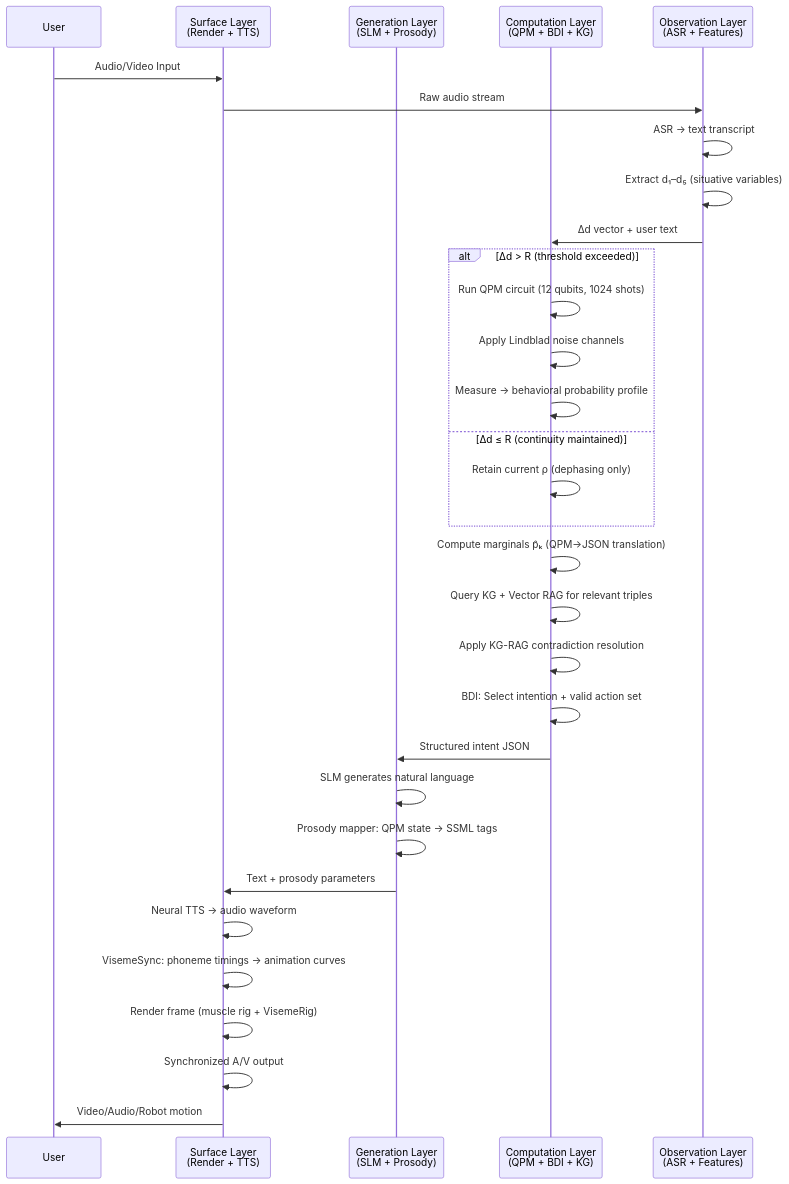
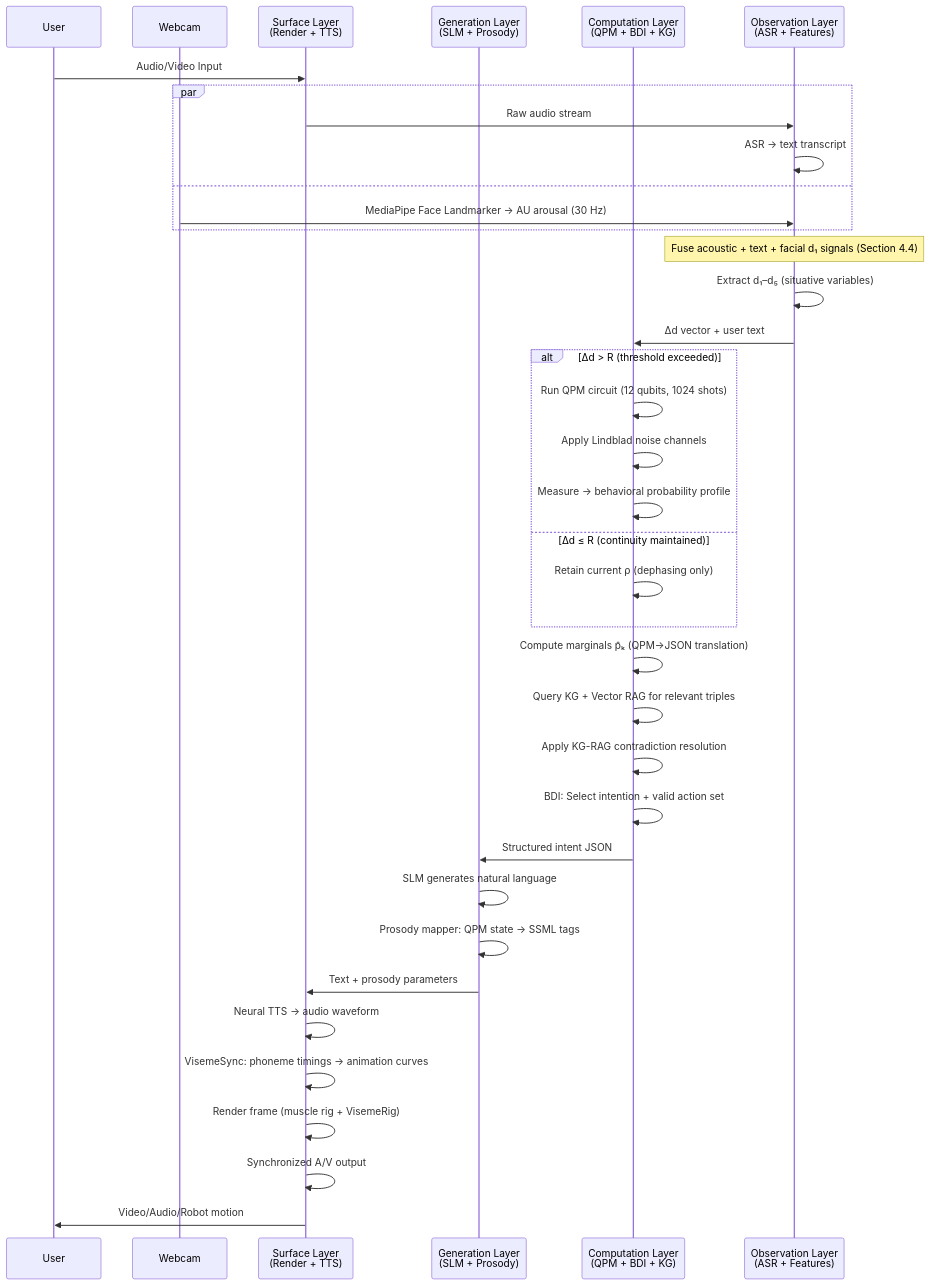
Before and after one commit to JustForCodin/Centaurian_Architecture_Implementation: diagram 13 of 19 in Centaurian_Architecture_v3.md, drawn with Mermaid. The commit also changed other lines of this file, not shown here.

First line of the commit message:
v3 paper: add MediaPipe webcam observation channel for d₁ fusion

````diff
--- a/Centaurian_Architecture_v3.md
+++ b/Centaurian_Architecture_v3.md
@@ -1490,38 +1561,44 @@
 ```mermaid
 sequenceDiagram
     participant User
+    participant Webcam
     participant Surface as Surface Layer<br/>(Render + TTS)
     participant Gen as Generation Layer<br/>(SLM + Prosody)
     participant Compute as Computation Layer<br/>(QPM + BDI + KG)
     participant Observe as Observation Layer<br/>(ASR + Features)
 
     User->>Surface: Audio/Video Input
-    Surface->>Observe: Raw audio stream
-    Observe->>Observe: ASR → text transcript
+    par
+        Surface->>Observe: Raw audio stream
+        Observe->>Observe: ASR → text transcript
+    and
+        Webcam->>Observe: MediaPipe Face Landmarker → AU arousal (30 Hz)
+    end
+    note over Observe: Fuse acoustic + text + facial d₁ signals (Section 4.4)
     Observe->>Observe: Extract d₁–d₅ (situative variables)
     Observe->>Compute: Δd vector + user text
 
     alt Δd > R (threshold exceeded)
         Compute->>Compute: Run QPM circuit (12 qubits, 1024 shots)
         Compute->>Compute: Apply Lindblad noise channels
         Compute->>Compute: Measure → behavioral probability profile
     else Δd ≤ R (continuity maintained)
         Compute->>Compute: Retain current ρ (dephasing only)
     end
 
     Compute->>Compute: Compute marginals p̂ₖ (QPM→JSON translation)
     Compute->>Compute: Query KG + Vector RAG for relevant triples
     Compute->>Compute: Apply KG-RAG contradiction resolution
     Compute->>Compute: BDI: Select intention + valid action set
     Compute->>Gen: Structured intent JSON
 
     Gen->>Gen: SLM generates natural language
     Gen->>Gen: Prosody mapper: QPM state → SSML tags
     Gen->>Surface: Text + prosody parameters
 
     Surface->>Surface: Neural TTS → audio waveform
     Surface->>Surface: VisemeSync: phoneme timings → animation curves
     Surface->>Surface: Render frame (muscle rig + VisemeRig)
     Surface->>Surface: Synchronized A/V output
     Surface->>User: Video/Audio/Robot motion
 ```
````
